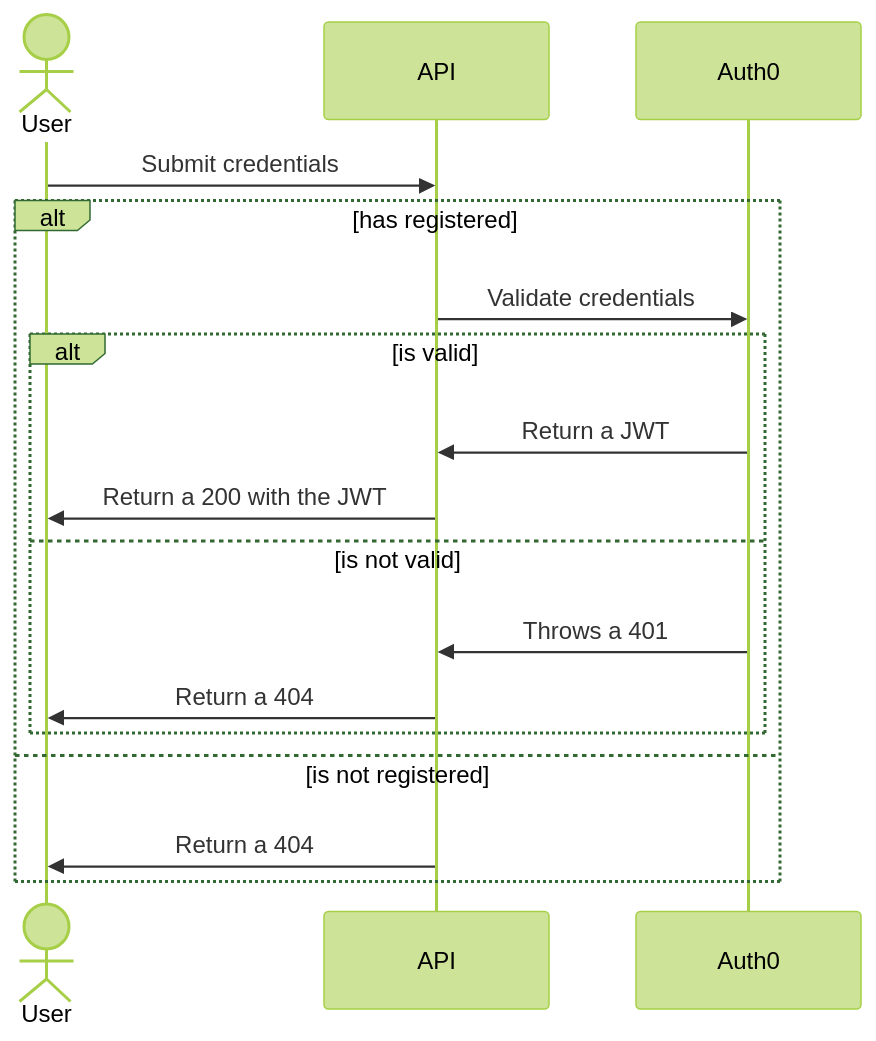
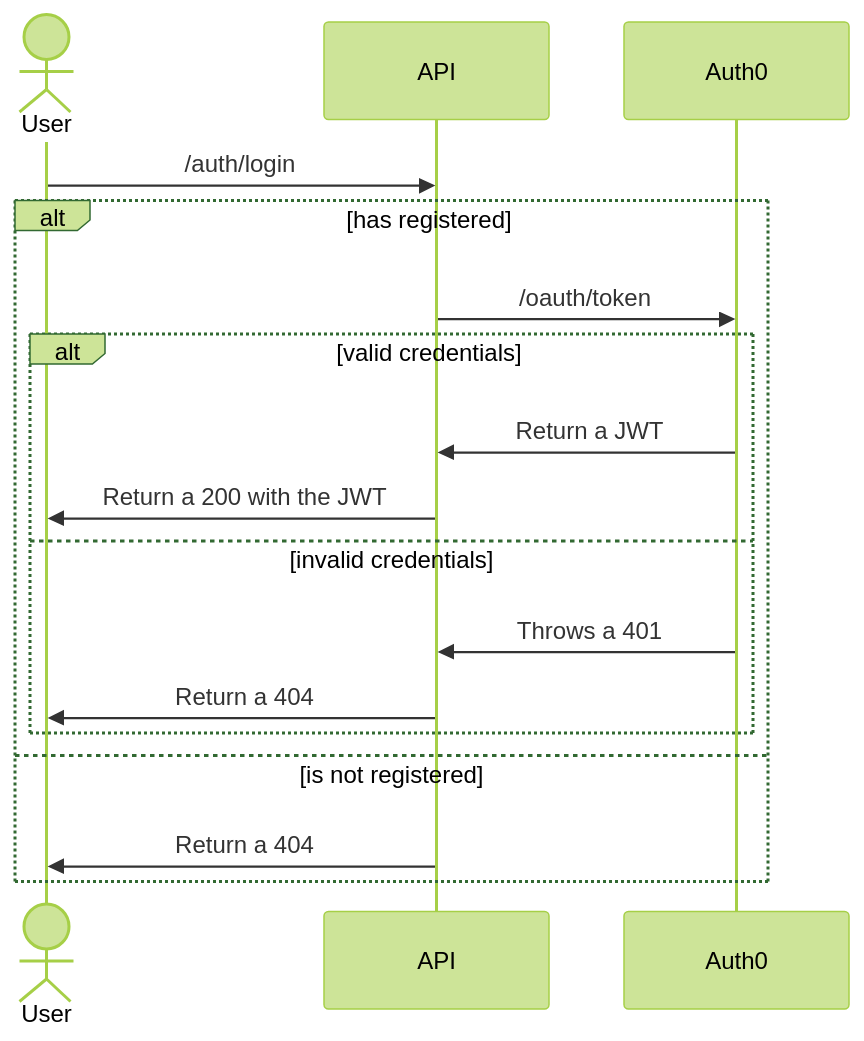
The second of 2 diagrams in README.md (nicolaspearson/veritas), drawn with Mermaid (forest theme) before and after one commit. The commit also changed other lines of this file and 4 other files, not shown here.

Commit message:
docs: update user flows

````diff
--- a/README.md
+++ b/README.md
@@ -73,18 +95,18 @@
 ```mermaid
 sequenceDiagram
     actor User
     participant API
-    User->>API: Submit credentials
+    User->>API: /auth/login
     alt has registered
-        API->>Auth0: Validate credentials
-        alt is valid
+        API->>Auth0: /oauth/token
+        alt valid credentials
             Auth0->>API: Return a JWT
             API->>User: Return a 200 with the JWT
-        else is not valid
+        else invalid credentials
             Auth0->>API: Throws a 401
             API->>User: Return a 404
         end
     else is not registered
         API->>User: Return a 404
     end
 ```
````
